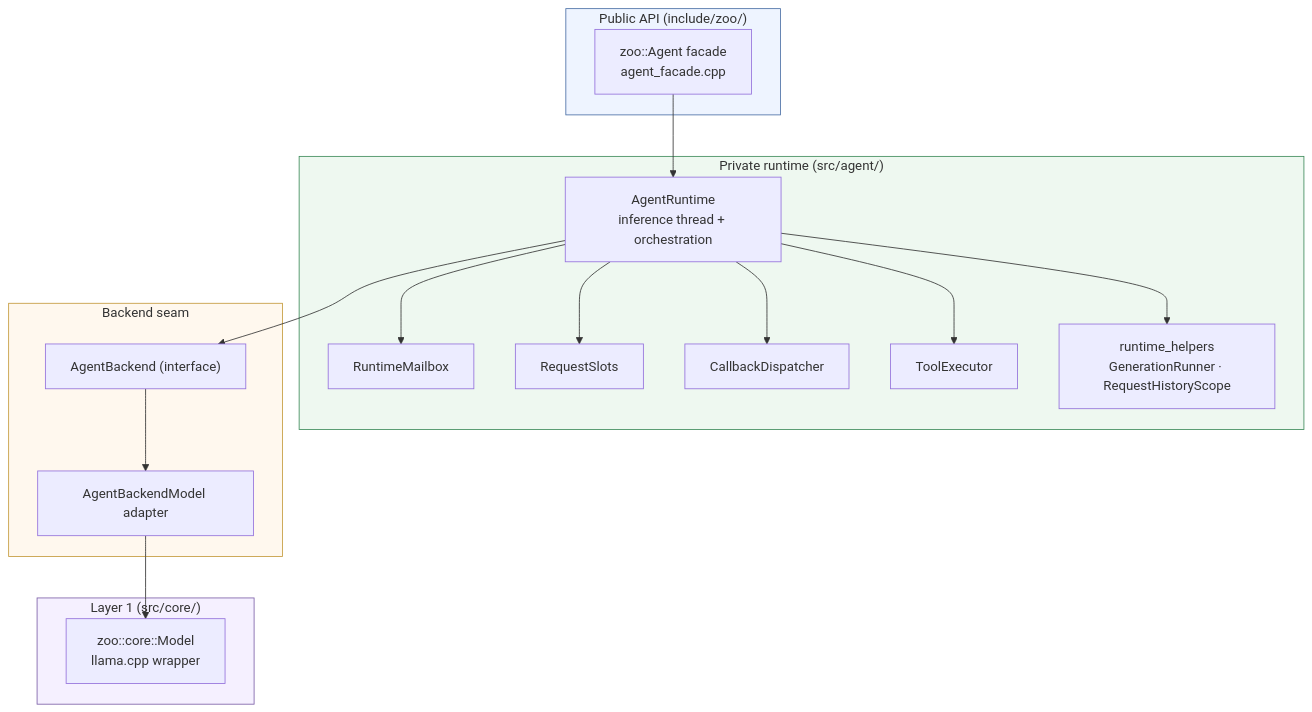
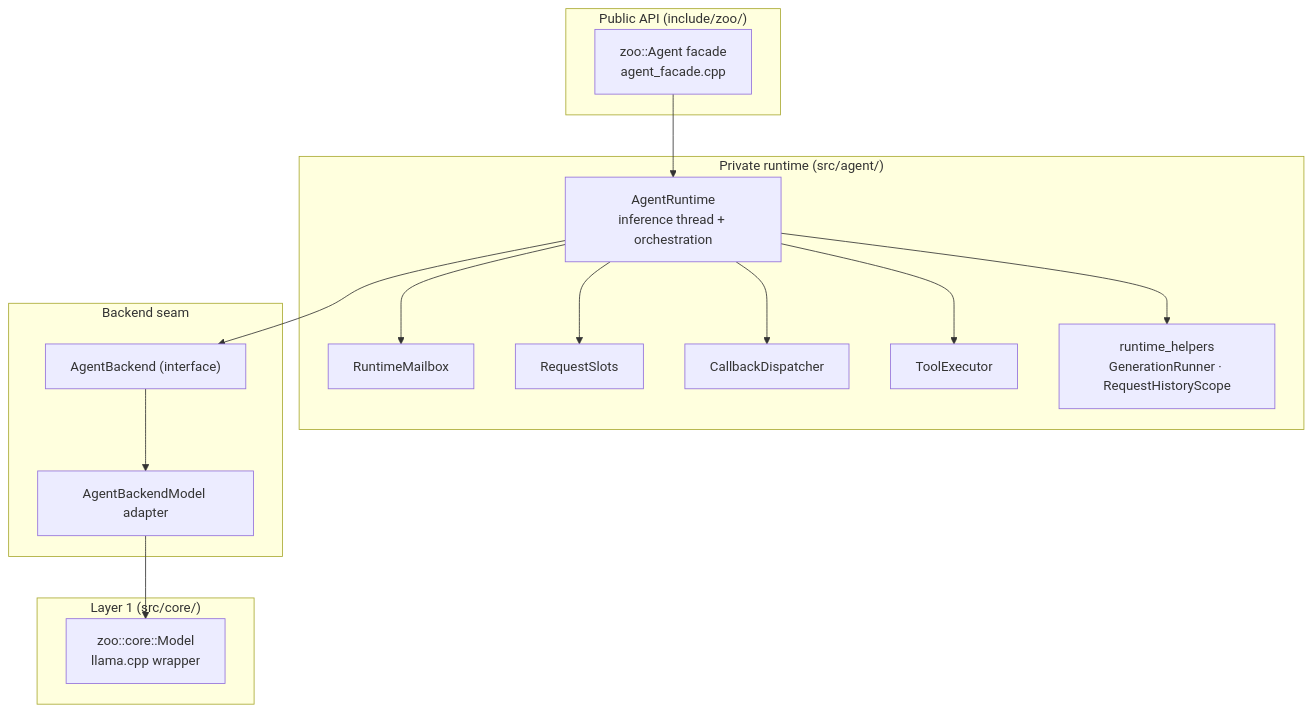
One commit to crybo-rybo/zoo-keeper changed the diagram in docs/maintainer-architecture.md. Above: the diagram before and after it, drawn with Mermaid. The commit also changed 6 other files, not shown here.

First line of the commit message:
docs: drop custom Mermaid style overrides for consistent rendering

````diff
--- a/docs/maintainer-architecture.md
+++ b/docs/maintainer-architecture.md
@@ -5,39 +5,35 @@
 ```mermaid
 flowchart TB
     subgraph Public["Public API (include/zoo/)"]
         AG["zoo::Agent facade<br/>agent_facade.cpp"]
     end
 
     subgraph Private["Private runtime (src/agent/)"]
         RT["AgentRuntime<br/>inference thread + orchestration"]
         MB["RuntimeMailbox"]
         RS["RequestSlots"]
         CD["CallbackDispatcher"]
         TE["ToolExecutor"]
         HL["runtime_helpers<br/>GenerationRunner · RequestHistoryScope"]
         RT --> MB
         RT --> RS
         RT --> CD
         RT --> TE
         RT --> HL
     end
 
     subgraph Seam["Backend seam"]
         IF["AgentBackend (interface)"]
         AD["AgentBackendModel adapter"]
         IF --> AD
     end
 
     subgraph Core["Layer 1 (src/core/)"]
         MD["zoo::core::Model<br/>llama.cpp wrapper"]
     end
 
     AG --> RT
     RT --> IF
     AD --> MD
 
-    style Public fill:#eef4ff,stroke:#4a6fa5
-    style Private fill:#eef8f0,stroke:#3d8b5a
-    style Seam fill:#fff8ee,stroke:#c49a3c
-    style Core fill:#f5f0ff,stroke:#7b5ea7
 ```
````
